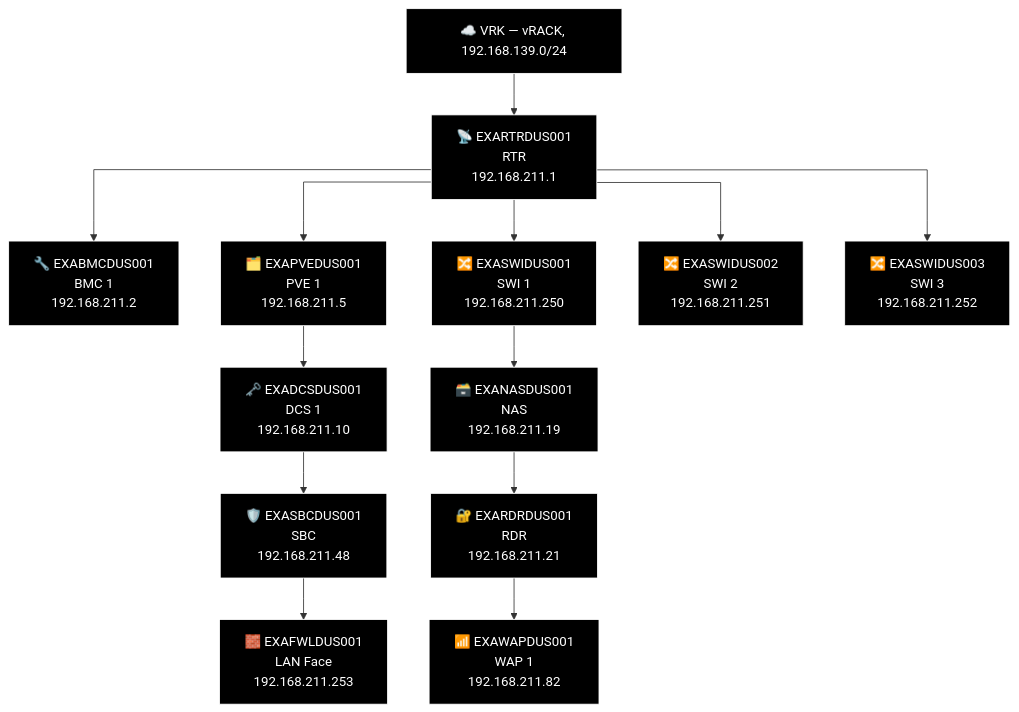
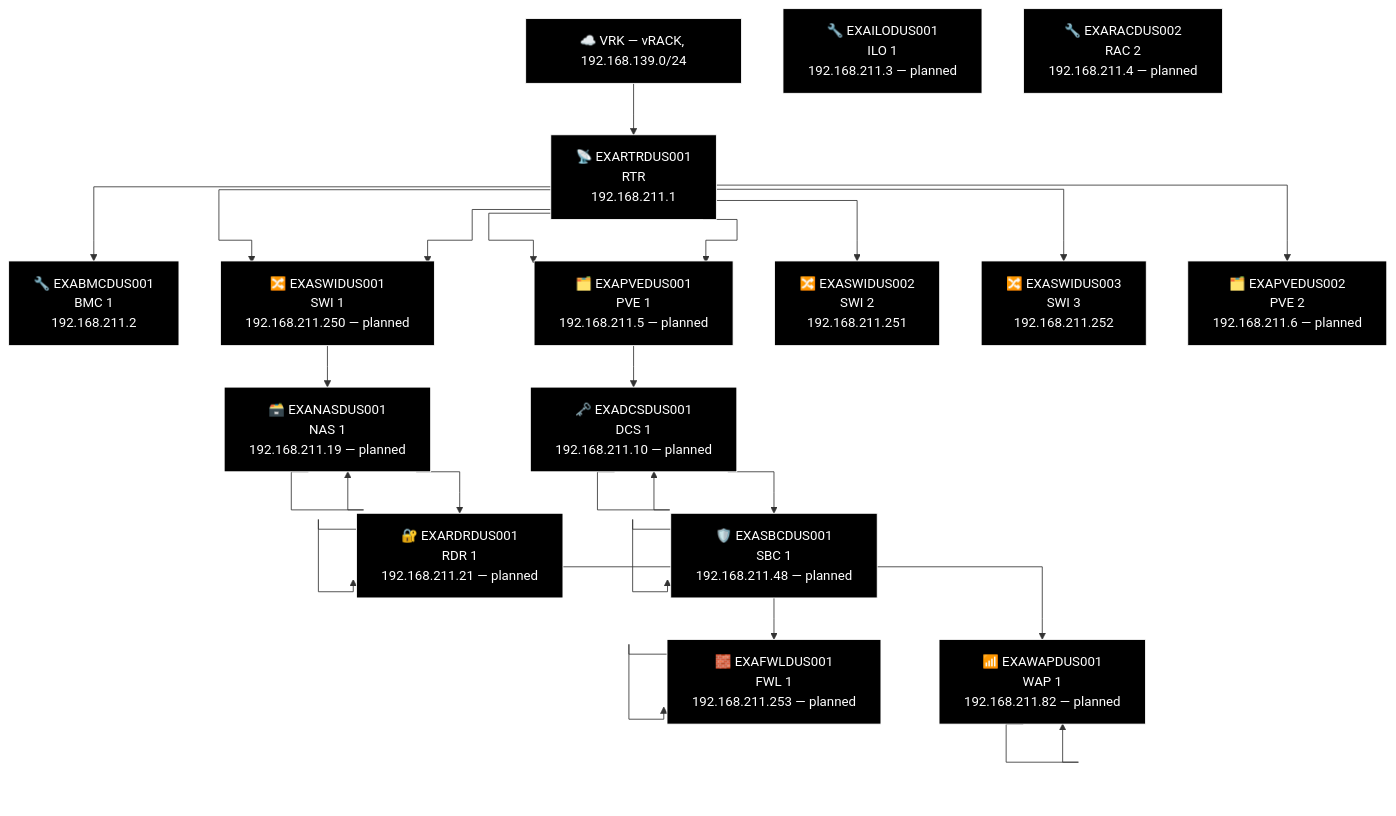
Diagram 13 of 13 in docs/network-diagram/deutschland.md (knightmare2600/example_music_infra), drawn with Mermaid before and after one commit. The commit also changed other lines of this file and 10 other files, not shown here.

````diff
--- a/docs/network-diagram/deutschland.md
+++ b/docs/network-diagram/deutschland.md
@@ -486,40 +511,65 @@
 ```mermaid
 %% GENERATED:TOPOLOGY:DUS:START
 %%{init: {'flowchart': {'curve': 'stepAfter'}}}%%
 graph TD
     T_VRK["☁️ VRK — vRACK, 192.168.139.0/24"]
     T_RTR["📡 EXARTRDUS001<br/>RTR<br/>192.168.211.1"]
     T_VRK --> T_RTR
     T_BMC["🔧 EXABMCDUS001<br/>BMC 1<br/>192.168.211.2"]
     T_RTR --> T_BMC
     T_PVE["🗂️ EXAPVEDUS001<br/>PVE 1<br/>192.168.211.5"]
     T_RTR --> T_PVE
     T_SWI["🔀 EXASWIDUS001<br/>SWI 1<br/>192.168.211.250"]
     T_RTR --> T_SWI
     T_SWI2["🔀 EXASWIDUS002<br/>SWI 2<br/>192.168.211.251"]
     T_RTR --> T_SWI2
     T_SWI3["🔀 EXASWIDUS003<br/>SWI 3<br/>192.168.211.252"]
     T_RTR --> T_SWI3
+    T_SWI["🔀 EXASWIDUS001<br/>SWI 1<br/>192.168.211.250 — planned"]
+    T_RTR --> T_SWI
+    T_PVE["🗂️ EXAPVEDUS001<br/>PVE 1<br/>192.168.211.5 — planned"]
+    T_RTR --> T_PVE
+    T_PVE2["🗂️ EXAPVEDUS002<br/>PVE 2<br/>192.168.211.6 — planned"]
+    T_RTR --> T_PVE2
     T_NAS["🗃️ EXANASDUS001<br/>NAS<br/>192.168.211.19"]
+    T_NAS["🗃️ EXANASDUS001<br/>NAS 1<br/>192.168.211.19 — planned"]
     T_RDR["🔐 EXARDRDUS001<br/>RDR<br/>192.168.211.21"]
+    T_RDR["🔐 EXARDRDUS001<br/>RDR 1<br/>192.168.211.21 — planned"]
     T_WAP["📶 EXAWAPDUS001<br/>WAP 1<br/>192.168.211.82"]
-    T_SWI --> T_NAS --> T_RDR --> T_WAP
+    T_WAP["📶 EXAWAPDUS001<br/>WAP 1<br/>192.168.211.82 — planned"]
+    T_SWI --> T_NAS --> T_NAS --> T_RDR --> T_RDR --> T_WAP --> T_WAP
     T_DCS["🗝️ EXADCSDUS001<br/>DCS 1<br/>192.168.211.10"]
+    T_DCS["🗝️ EXADCSDUS001<br/>DCS 1<br/>192.168.211.10 — planned"]
     T_SBC["🛡️ EXASBCDUS001<br/>SBC<br/>192.168.211.48"]
+    T_SBC["🛡️ EXASBCDUS001<br/>SBC 1<br/>192.168.211.48 — planned"]
     T_FWL["🧱 EXAFWLDUS001<br/>LAN Face<br/>192.168.211.253"]
-    T_PVE --> T_DCS --> T_SBC --> T_FWL
+    T_FWL["🧱 EXAFWLDUS001<br/>FWL 1<br/>192.168.211.253 — planned"]
+    T_PVE --> T_DCS --> T_DCS --> T_SBC --> T_SBC --> T_FWL --> T_FWL
+    T_ILO["🔧 EXAILODUS001<br/>ILO 1<br/>192.168.211.3 — planned"]
+    T_RAC["🔧 EXARACDUS002<br/>RAC 2<br/>192.168.211.4 — planned"]
     style T_VRK fill:#000000,stroke:#FFFFFF,color:#FFFFFF
     style T_RTR fill:#000000,stroke:#FFFFFF,color:#FFFFFF
     style T_BMC fill:#000000,stroke:#FFFFFF,color:#FFFFFF
     style T_PVE fill:#000000,stroke:#FFFFFF,color:#FFFFFF
     style T_SWI fill:#000000,stroke:#FFFFFF,color:#FFFFFF
     style T_SWI2 fill:#000000,stroke:#FFFFFF,color:#FFFFFF
     style T_SWI3 fill:#000000,stroke:#FFFFFF,color:#FFFFFF
+    style T_SWI fill:#000000,stroke:#FFFFFF,color:#FFFFFF
+    style T_PVE fill:#000000,stroke:#FFFFFF,color:#FFFFFF
+    style T_PVE2 fill:#000000,stroke:#FFFFFF,color:#FFFFFF
+    style T_NAS fill:#000000,stroke:#FFFFFF,color:#FFFFFF
     style T_NAS fill:#000000,stroke:#FFFFFF,color:#FFFFFF
     style T_RDR fill:#000000,stroke:#FFFFFF,color:#FFFFFF
+    style T_RDR fill:#000000,stroke:#FFFFFF,color:#FFFFFF
+    style T_WAP fill:#000000,stroke:#FFFFFF,color:#FFFFFF
     style T_WAP fill:#000000,stroke:#FFFFFF,color:#FFFFFF
     style T_DCS fill:#000000,stroke:#FFFFFF,color:#FFFFFF
+    style T_DCS fill:#000000,stroke:#FFFFFF,color:#FFFFFF
+    style T_SBC fill:#000000,stroke:#FFFFFF,color:#FFFFFF
     style T_SBC fill:#000000,stroke:#FFFFFF,color:#FFFFFF
     style T_FWL fill:#000000,stroke:#FFFFFF,color:#FFFFFF
+    style T_FWL fill:#000000,stroke:#FFFFFF,color:#FFFFFF
+    style T_ILO fill:#000000,stroke:#FFFFFF,color:#FFFFFF
+    style T_RAC fill:#000000,stroke:#FFFFFF,color:#FFFFFF
 %% GENERATED:TOPOLOGY:DUS:END
 ```
````
